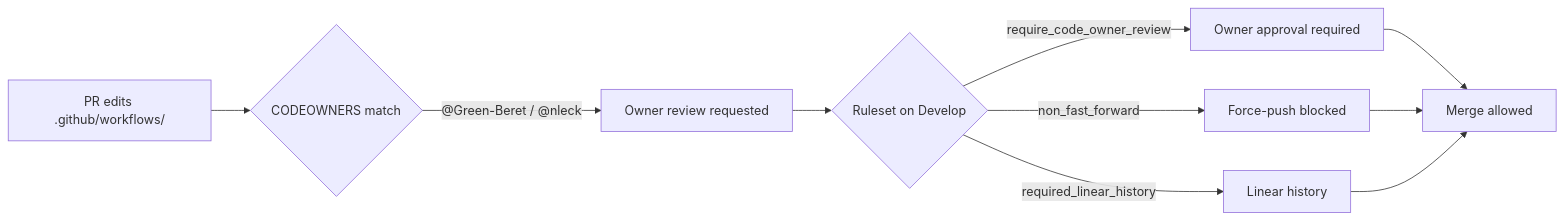
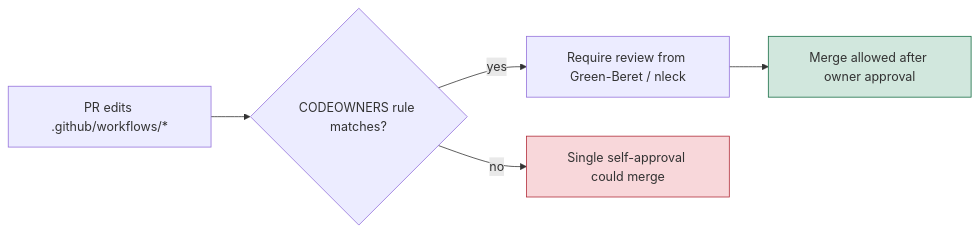
The diagram in docs/archive/pr-summaries/pr-summary-208.md (stSoftwareAU/NEAT-AI-core), drawn with Mermaid before and after one commit. The commit also changed other lines of this file, not shown here.

First line of the commit message:
Add PR summary for CODEOWNERS coverage (Issue #208)

````diff
--- a/docs/archive/pr-summaries/pr-summary-208.md
+++ b/docs/archive/pr-summaries/pr-summary-208.md
@@ -60,12 +37,9 @@
 ```mermaid
 flowchart LR
-    A[PR edits .github/workflows/] --> B{CODEOWNERS match}
-    B -->|"@Green-Beret / @nleck"| C[Owner review requested]
-    C --> D{Ruleset on Develop}
-    D -->|require_code_owner_review| E[Owner approval required]
-    D -->|non_fast_forward| F[Force-push blocked]
-    D -->|required_linear_history| G[Linear history]
-    E --> H[Merge allowed]
-    F --> H
-    G --> H
+    PR[PR edits .github/workflows/*] --> CO{CODEOWNERS rule matches?}
+    CO -- yes --> REV[Require review from Green-Beret / nleck]
+    REV --> MERGE[Merge allowed after owner approval]
+    CO -- no --> SELF[Single self-approval could merge]
+    style SELF fill:#f8d7da,stroke:#b02a37
+    style MERGE fill:#d1e7dd,stroke:#146c43
 ```
````
